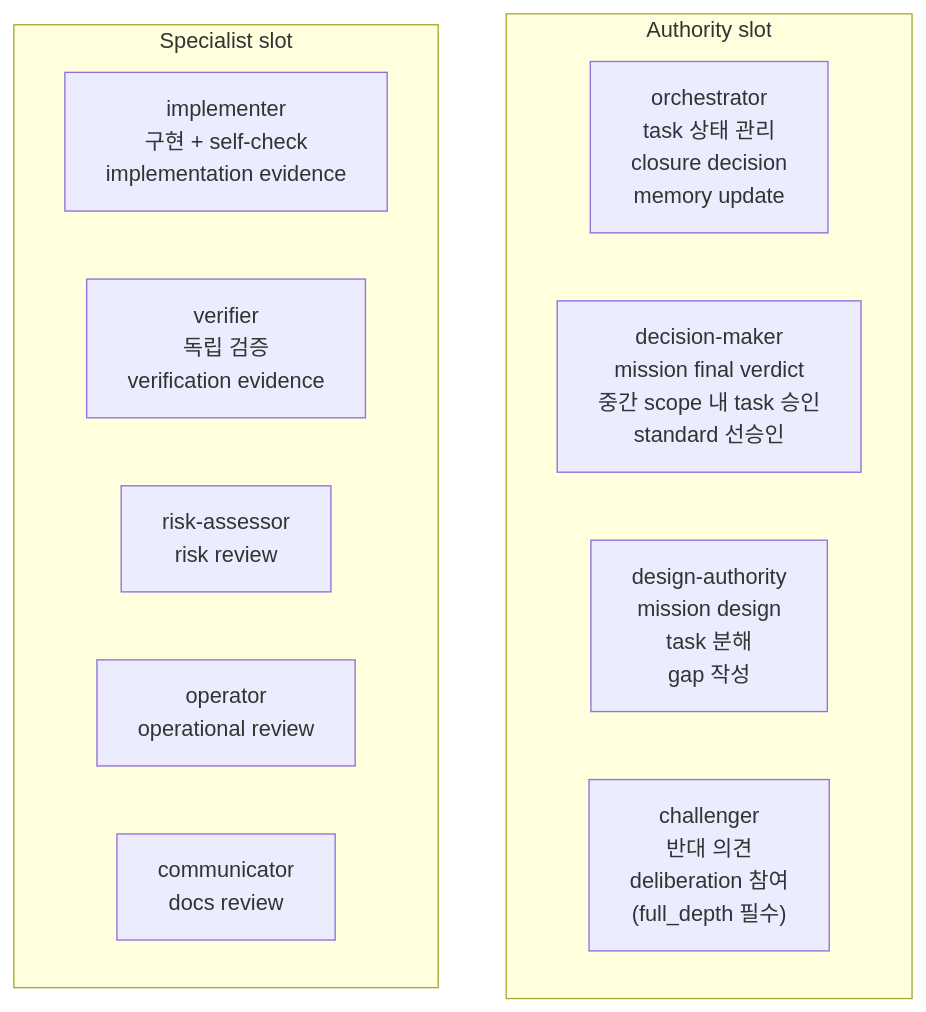
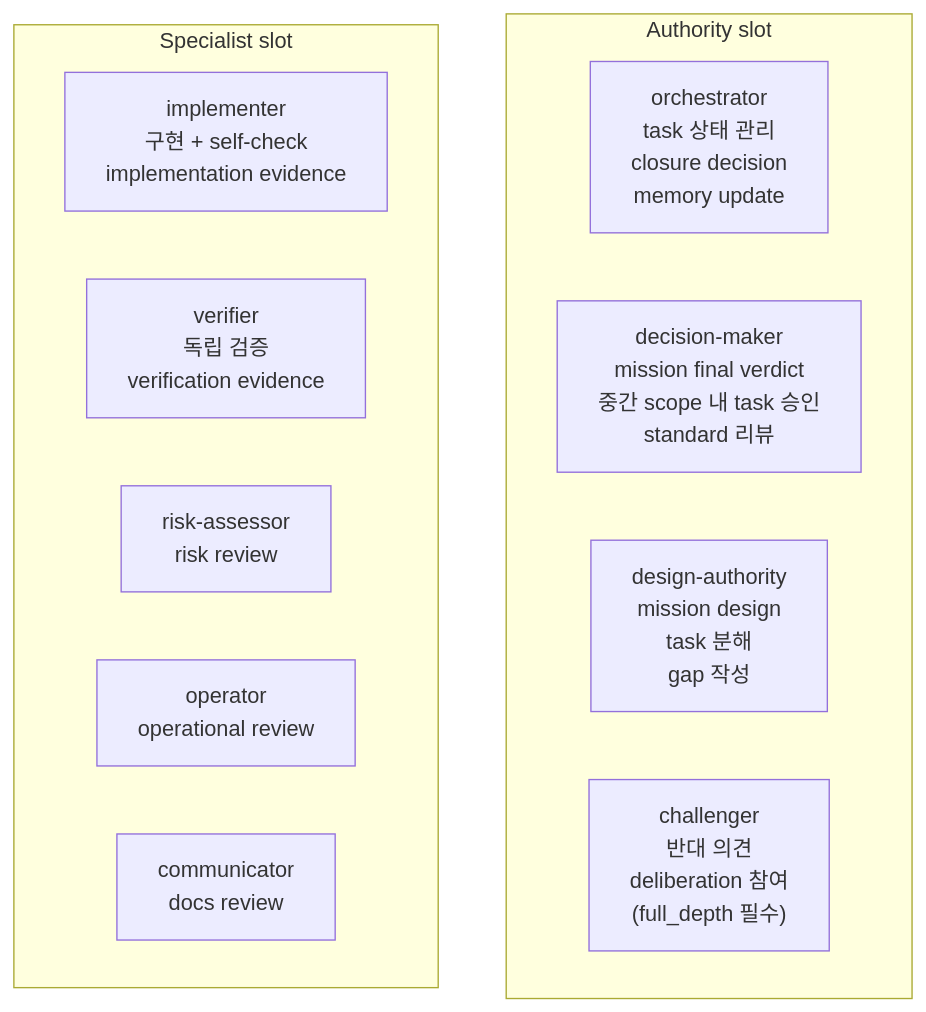
One commit to choam2426/geas changed the fifth of 6 diagrams in docs/ko/DIAGRAMS.md. Above: the diagram before and after it, drawn with Mermaid. The commit also changed other lines of this file and 3 other files, not shown here.

````diff
--- a/docs/ko/DIAGRAMS.md
+++ b/docs/ko/DIAGRAMS.md
@@ -181,17 +181,17 @@
 ```mermaid
 flowchart TB
     subgraph Authority["Authority slot"]
         O["orchestrator<br/>task 상태 관리<br/>closure decision<br/>memory update"]
-        DM["decision-maker<br/>mission final verdict<br/>중간 scope 내 task 승인<br/>standard 선승인"]
+        DM["decision-maker<br/>mission final verdict<br/>중간 scope 내 task 승인<br/>standard 리뷰"]
         DA["design-authority<br/>mission design<br/>task 분해<br/>gap 작성"]
         CH["challenger<br/>반대 의견<br/>deliberation 참여<br/>(full_depth 필수)"]
     end
 
     subgraph Specialist["Specialist slot"]
         IM["implementer<br/>구현 + self-check<br/>implementation evidence"]
         V["verifier<br/>독립 검증<br/>verification evidence"]
         RA["risk-assessor<br/>risk review"]
         OP["operator<br/>operational review"]
         CM["communicator<br/>docs review"]
     end
 ```
````
